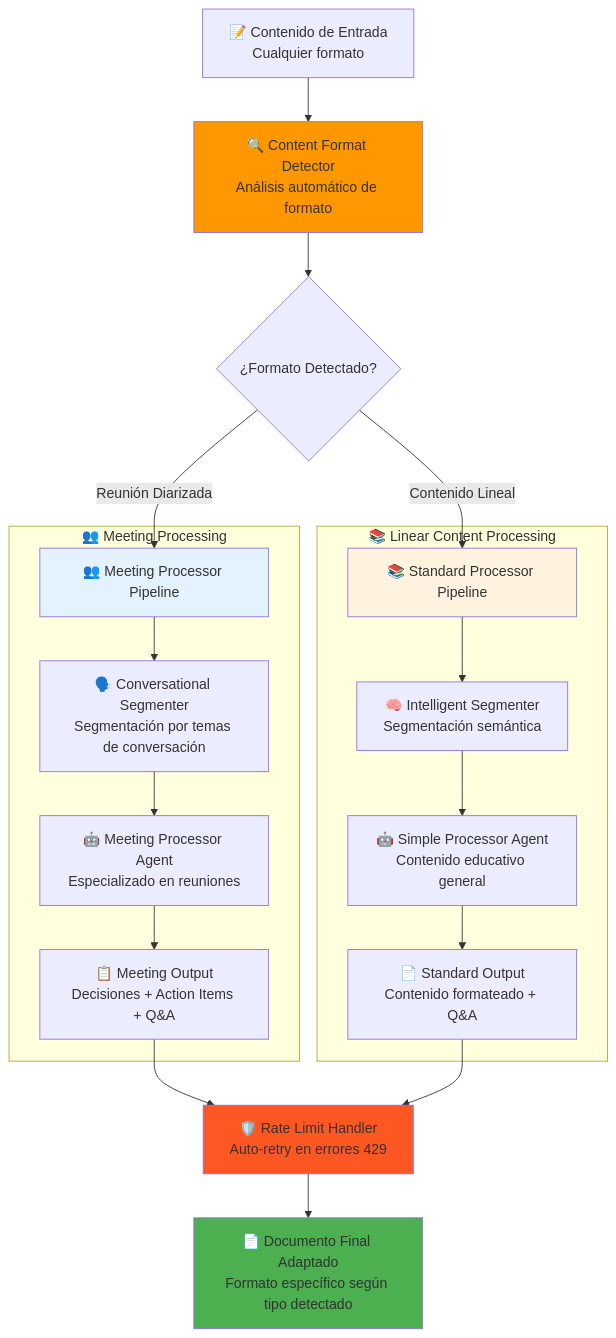
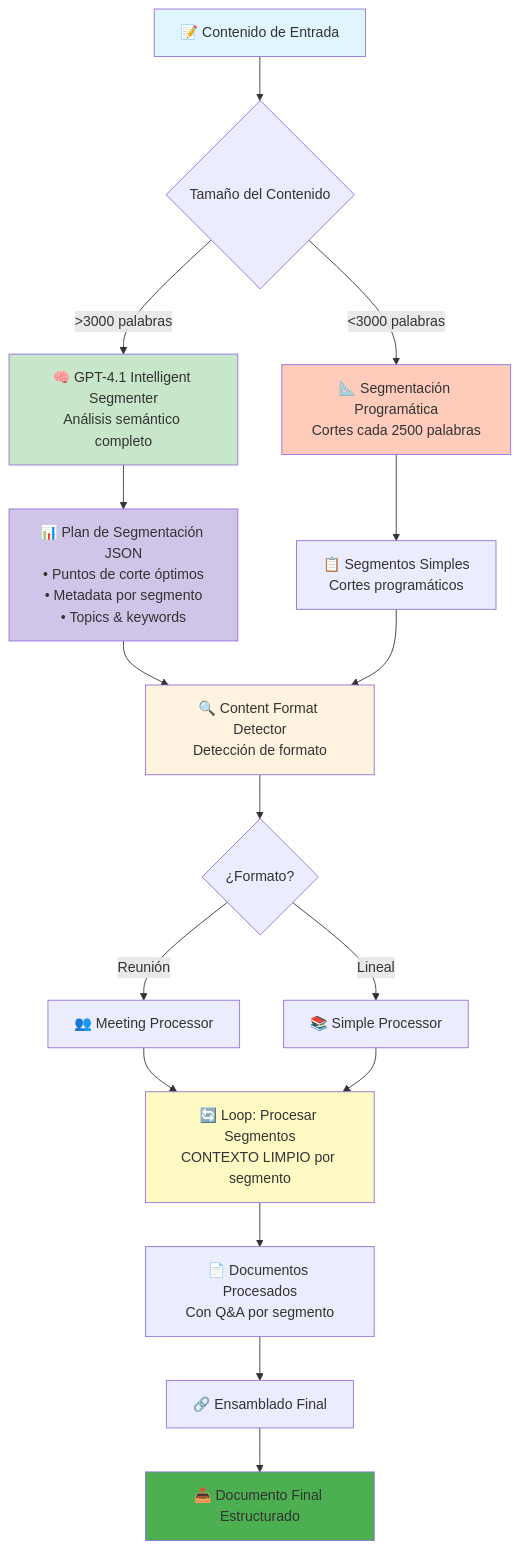
The first of 2 diagrams in component_b_streamlit/README.md (pablotoledo/sumer-ia), drawn with Mermaid before and after one commit. The commit also changed other lines of this file and 9 other files, not shown here.

First line of the commit message:
Implement intelligent segmentation with GPT-4.1

````diff
--- a/component_b_streamlit/README.md
+++ b/component_b_streamlit/README.md
@@ -50,32 +50,33 @@
 ```mermaid
 graph TD
-    A[📝 Contenido de Entrada<br/>Cualquier formato] --> B[🔍 Content Format Detector<br/>Análisis automático de formato]
+    A[📝 Contenido de Entrada] --> B{Tamaño del Contenido}
 
-    B --> C{¿Formato Detectado?}
+    B -->|>3000 palabras| C[🧠 GPT-4.1 Intelligent Segmenter<br/>Análisis semántico completo]
+    B -->|<3000 palabras| D[📐 Segmentación Programática<br/>Cortes cada 2500 palabras]
 
-    C -->|Reunión Diarizada| D[👥 Meeting Processor Pipeline]
-    C -->|Contenido Lineal| E[📚 Standard Processor Pipeline]
+    C --> E[📊 Plan de Segmentación JSON<br/>• Puntos de corte óptimos<br/>• Metadata por segmento<br/>• Topics & keywords]
+    D --> F[📋 Segmentos Simples<br/>Cortes programáticos]
 
-    subgraph "👥 Meeting Processing"
-        D --> F[🗣️ Conversational Segmenter<br/>Segmentación por temas de conversación]
-        F --> G[🤖 Meeting Processor Agent<br/>Especializado en reuniones]
-        G --> H[📋 Meeting Output<br/>Decisiones + Action Items + Q&A]
-    end
+    E --> G[🔍 Content Format Detector<br/>Detección de formato]
+    F --> G
 
-    subgraph "📚 Linear Content Processing"
-        E --> I[🧠 Intelligent Segmenter<br/>Segmentación semántica]
-        I --> J[🤖 Simple Processor Agent<br/>Contenido educativo general]
-        J --> K[📄 Standard Output<br/>Contenido formateado + Q&A]
-    end
+    G --> H{¿Formato?}
 
-    H --> L[🛡️ Rate Limit Handler<br/>Auto-retry en errores 429]
-    K --> L
+    H -->|Reunión| I[👥 Meeting Processor]
+    H -->|Lineal| J[📚 Simple Processor]
 
-    L --> M[📄 Documento Final Adaptado<br/>Formato específico según tipo detectado]
+    I --> K[🔄 Loop: Procesar Segmentos<br/>CONTEXTO LIMPIO por segmento]
+    J --> K
 
-    style B fill:#ff9800
-    style D fill:#e3f2fd
-    style E fill:#fff3e0
-    style L fill:#ff5722
-    style M fill:#4caf50
+    K --> L[📄 Documentos Procesados<br/>Con Q&A por segmento]
+    L --> M[🔗 Ensamblado Final]
+    M --> N[📥 Documento Final Estructurado]
+
+    style A fill:#e1f5fe
+    style C fill:#c8e6c9
+    style D fill:#ffccbc
+    style E fill:#d1c4e9
+    style G fill:#fff3e0
+    style K fill:#fff9c4
+    style N fill:#4caf50
 ```
````
